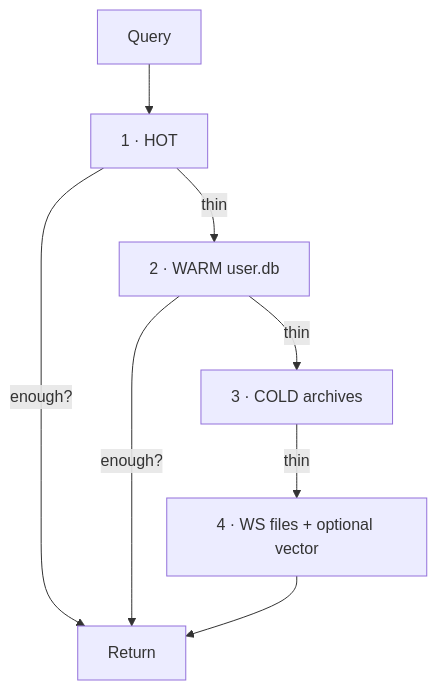
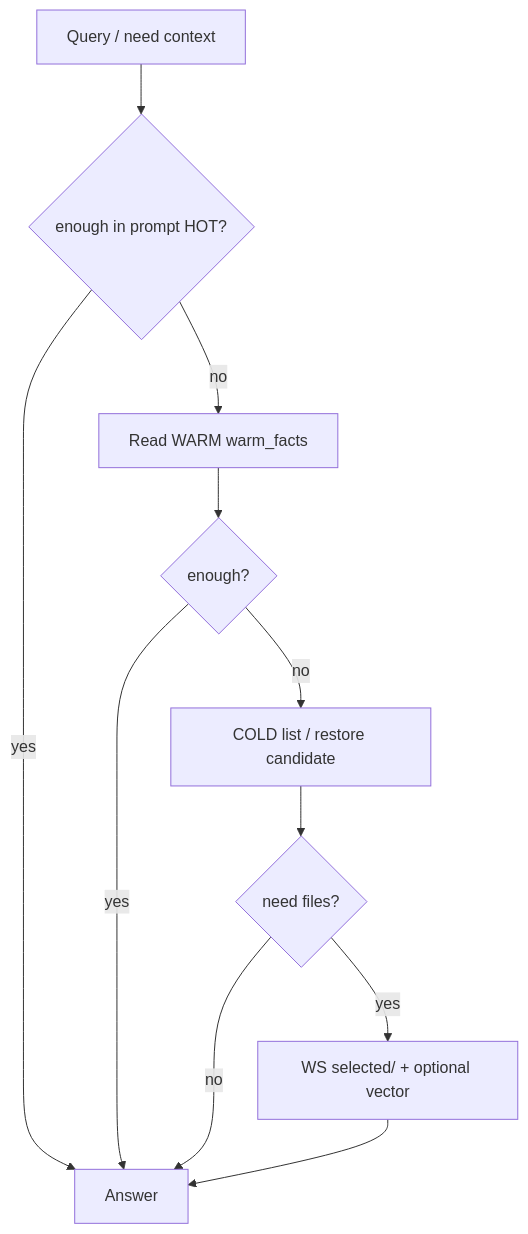
The fourth of 4 diagrams in docs/LAYERS_FOR_AI.md (landjunge/gnom-hub-v1), drawn with Mermaid before and after one commit. The commit also changed other lines of this file, not shown here.

Commit message:
docs: precise LAYERS_FOR_AI — paths, schema, UI DOM, search tiers

````diff
--- a/docs/LAYERS_FOR_AI.md
+++ b/docs/LAYERS_FOR_AI.md
@@ -113,10 +290,13 @@
 ```mermaid
 flowchart TB
-  Q["Query"] --> S1["1 · HOT"]
-  S1 -->|enough?| DONE["Return"]
-  S1 -->|thin| S2["2 · WARM user.db"]
-  S2 -->|enough?| DONE
-  S2 -->|thin| S3["3 · COLD archives"]
-  S3 -->|thin| S4["4 · WS files + optional vector"]
-  S4 --> DONE
+  Q["Query / need context"] --> T0{"enough in prompt HOT?"}
+  T0 -->|yes| OUT["Answer"]
+  T0 -->|no| T1["Read WARM warm_facts"]
+  T1 --> T1b{"enough?"}
+  T1b -->|yes| OUT
+  T1b -->|no| T2["COLD list / restore candidate"]
+  T2 --> T2b{"need files?"}
+  T2b -->|no| OUT
+  T2b -->|yes| T3["WS selected/ + optional vector"]
+  T3 --> OUT
 ```
````
